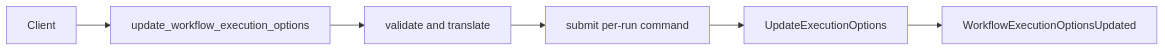
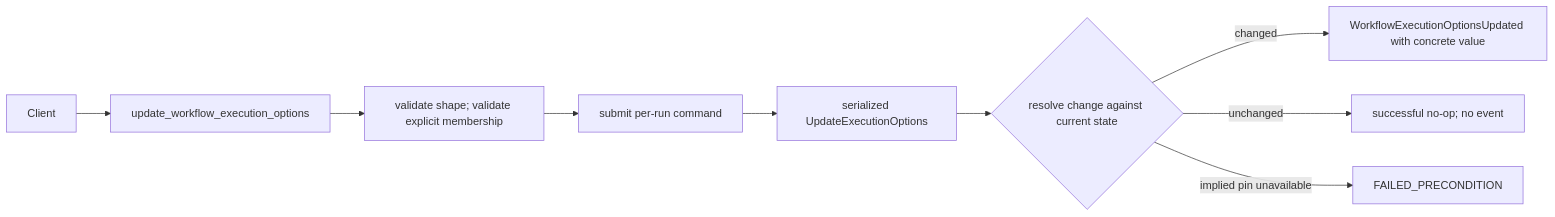
One commit to tokeira/tokeira changed the diagram in .kiro/specs/api-conformance-workflow-options/design.md. Above: the diagram before and after it, drawn with Mermaid. The commit also changed other lines of this file and 35 other files, not shown here.

````diff
--- a/.kiro/specs/api-conformance-workflow-options/design.md
+++ b/.kiro/specs/api-conformance-workflow-options/design.md
@@ -21,8 +28,11 @@
 ```mermaid
 flowchart LR
     Client --> Grpc["update_workflow_execution_options"]
-    Grpc --> Edge["validate and translate"]
+    Grpc --> Edge["validate shape; validate explicit membership"]
     Edge --> Runtime["submit per-run command"]
-    Runtime --> Kernel["UpdateExecutionOptions"]
-    Kernel --> History["WorkflowExecutionOptionsUpdated"]
+    Runtime --> Kernel["serialized UpdateExecutionOptions"]
+    Kernel --> Resolve{"resolve change against current state"}
+    Resolve -->|changed| History["WorkflowExecutionOptionsUpdated with concrete value"]
+    Resolve -->|unchanged| Noop["successful no-op; no event"]
+    Resolve -->|implied pin unavailable| Reject["FAILED_PRECONDITION"]
 ```
````
